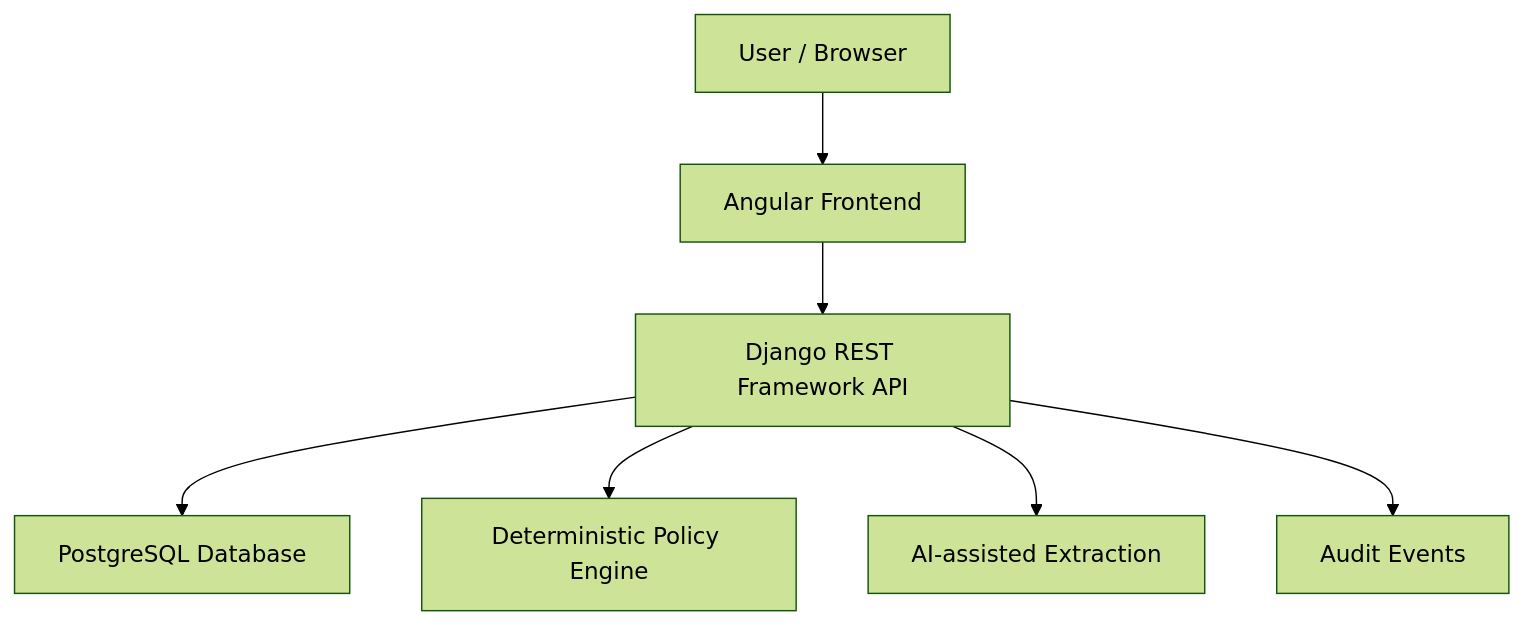
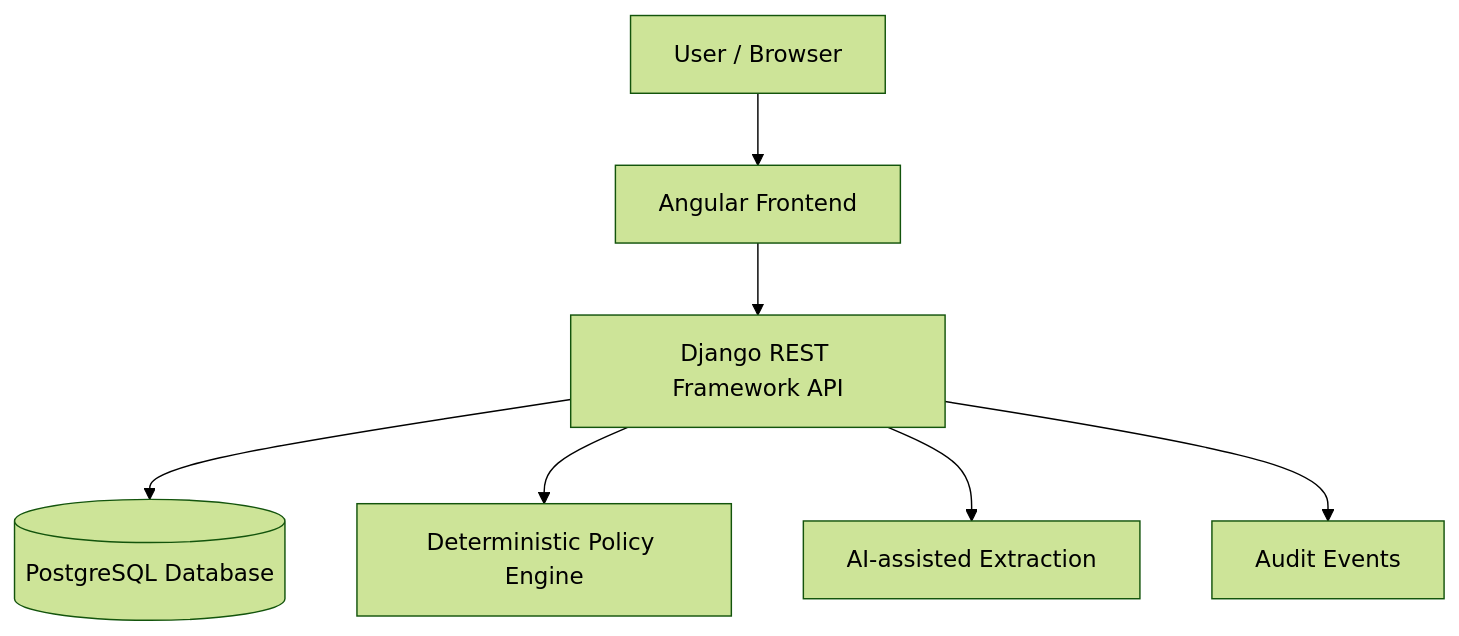
The diagram in README.md (IvanPalmar0207/30xChallenge), drawn with Mermaid (forest theme) before and after one commit. The commit also changed other lines of this file, not shown here.

Commit message:
Arquitecture - NewFormat

````diff
--- a/README.md
+++ b/README.md
@@ -47,9 +47,9 @@
 ```mermaid
-flowchart TD
-    A[User / Browser] --> B[Angular Frontend]
-    B --> C[Django REST Framework API]
-    C --> D[PostgreSQL Database]
-    C --> E[Deterministic Policy Engine]
-    C --> F[AI-assisted Extraction]
-    C --> G[Audit Events]
+flowchart TB
+    A["User / Browser"] --> B["Angular Frontend"]
+    B --> C["Django REST Framework API"]
+    C --> D[("PostgreSQL Database")]
+    C --> E["Deterministic Policy Engine"]
+    C --> F["AI-assisted Extraction"]
+    C --> G["Audit Events"]
 ```
````
